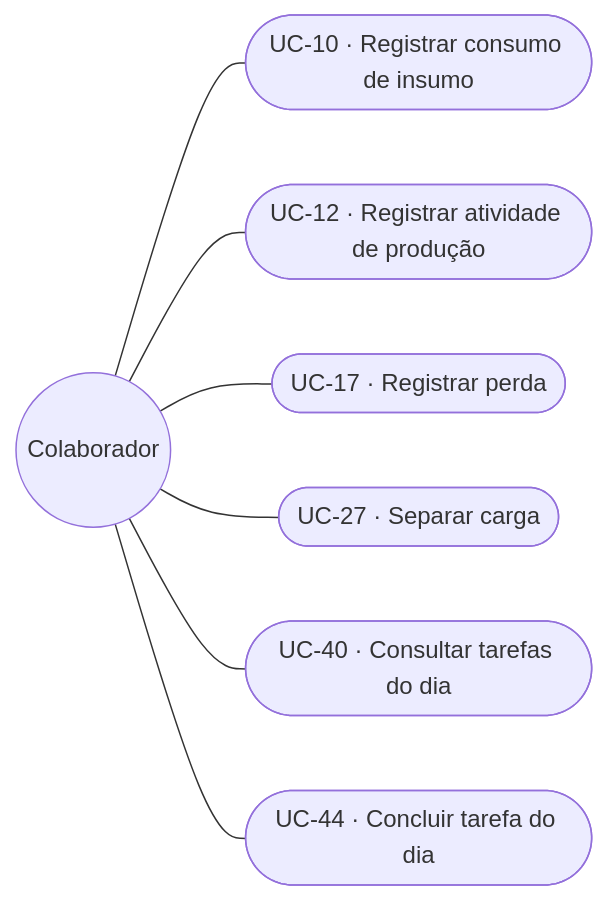
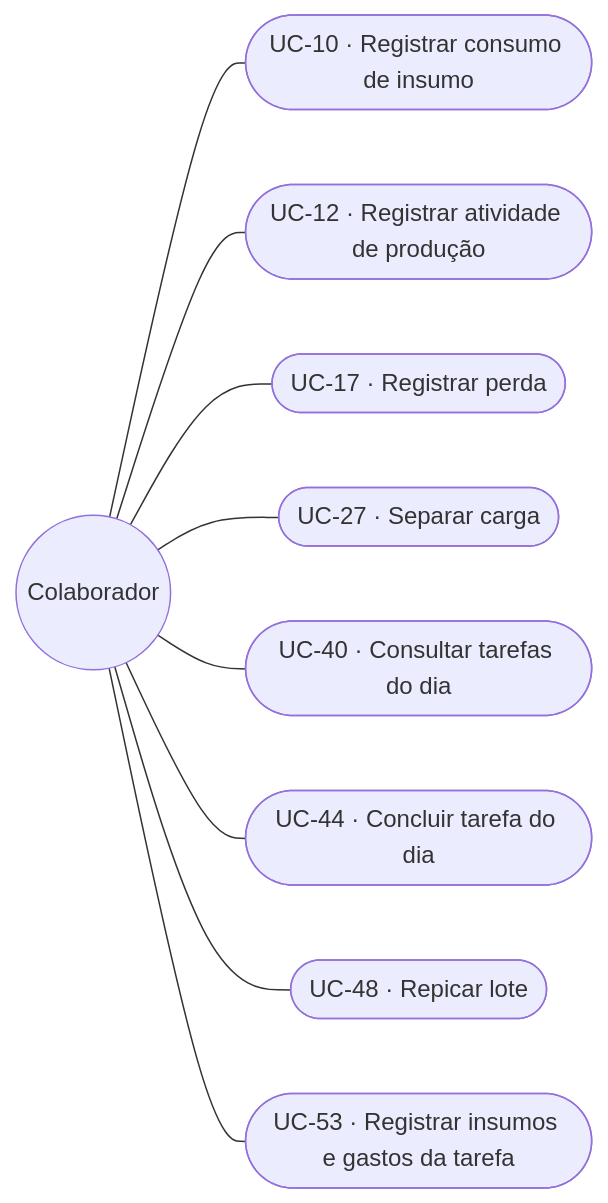
Before and after one commit to JoaoMudar/mudar: the fourth of 5 diagrams in docs/engenharia/C-modelagem/C1-diagrama-casos-de-uso.md, drawn with Mermaid. The commit also changed other lines of this file and 103 other files, not shown here.

````diff
--- a/docs/engenharia/C-modelagem/C1-diagrama-casos-de-uso.md
+++ b/docs/engenharia/C-modelagem/C1-diagrama-casos-de-uso.md
@@ -244,18 +267,22 @@
 ```mermaid
 graph LR
   CO(("Colaborador"))
 
   UC10(["UC-10 · Registrar consumo de insumo"])
   UC12(["UC-12 · Registrar atividade de produção"])
   UC17(["UC-17 · Registrar perda"])
   UC27(["UC-27 · Separar carga"])
   UC40(["UC-40 · Consultar tarefas do dia"])
   UC44(["UC-44 · Concluir tarefa do dia"])
+  UC48(["UC-48 · Repicar lote"])
+  UC53(["UC-53 · Registrar insumos e gastos da tarefa"])
 
   CO --- UC10
   CO --- UC12
   CO --- UC17
   CO --- UC27
   CO --- UC40
   CO --- UC44
+  CO --- UC48
+  CO --- UC53
 ```
````
